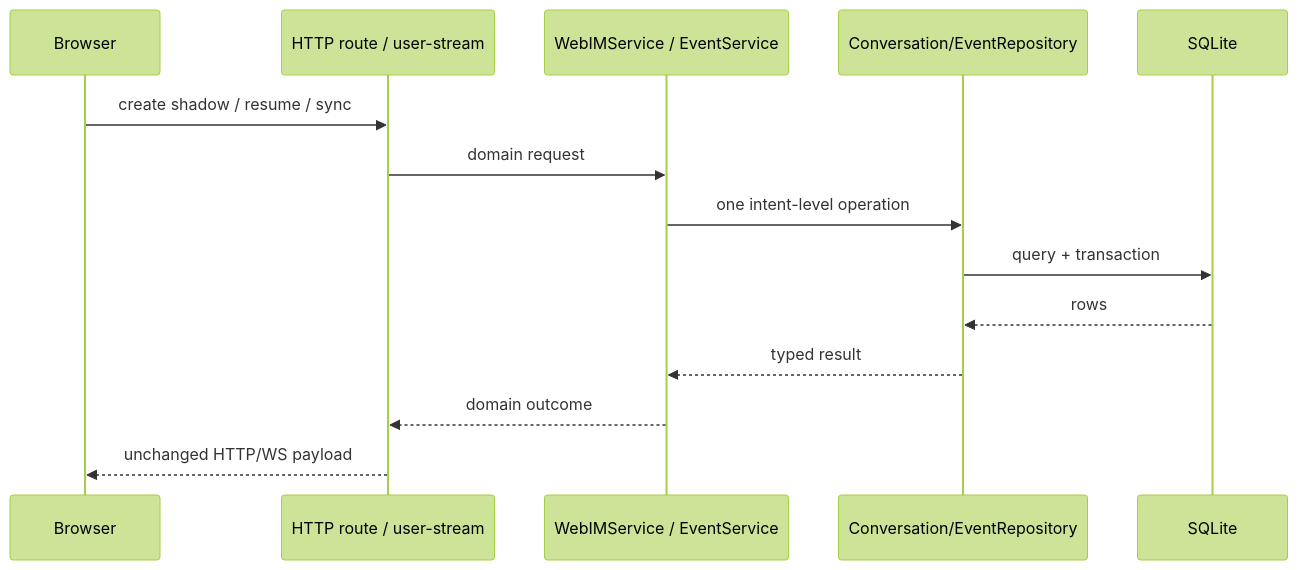
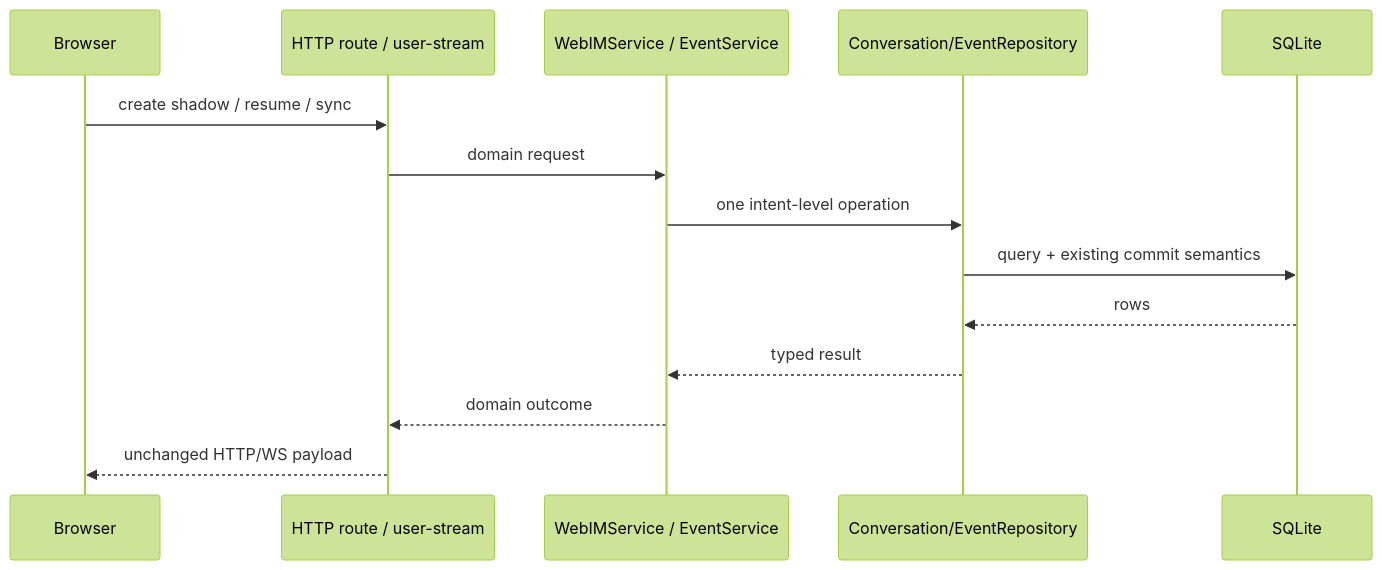
One commit to Mrchen116/nano-multiagent changed the third of 4 diagrams in docs/changes/refactor-459-im-persistence-depth/design.md. Above: the diagram before and after it, drawn with Mermaid (forest theme). The commit also changed other lines of this file, not shown here.

````diff
--- a/docs/changes/refactor-459-im-persistence-depth/design.md
+++ b/docs/changes/refactor-459-im-persistence-depth/design.md
@@ -254,17 +284,17 @@
 ```mermaid
 sequenceDiagram
     participant Browser
     participant Route as HTTP route / user-stream
     participant Service as WebIMService / EventService
     participant Repo as Conversation/EventRepository
     participant DB as SQLite
 
     Browser->>Route: create shadow / resume / sync
     Route->>Service: domain request
     Service->>Repo: one intent-level operation
-    Repo->>DB: query + transaction
+    Repo->>DB: query + existing commit semantics
     DB-->>Repo: rows
     Repo-->>Service: typed result
     Service-->>Route: domain outcome
     Route-->>Browser: unchanged HTTP/WS payload
 ```
````
